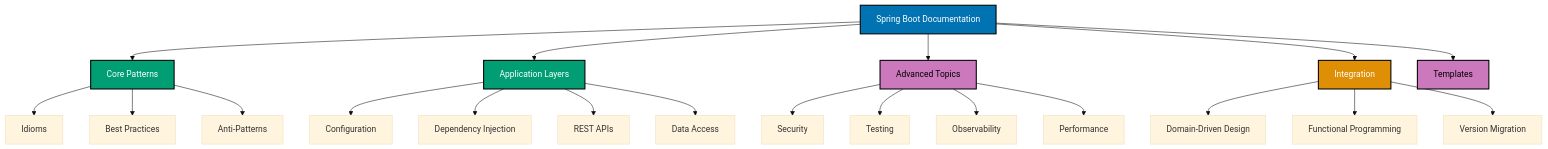
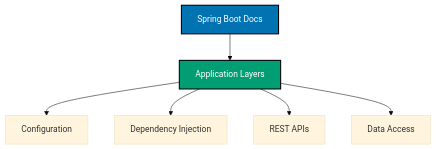
Before and after one commit to wahidyankf/ose-primer: the third of 5 diagrams in docs/explanation/software-engineering/platform-web/tools/jvm-spring-boot/README.md, drawn with Mermaid (base theme). The commit also changed other lines of this file and 9 other files, not shown here.

Commit message:
fix(docs): fix mermaid violations in jvm-spring-boot/ docs (batch 4/10)

````diff
--- a/docs/explanation/software-engineering/platform-web/tools/jvm-spring-boot/README.md
+++ b/docs/explanation/software-engineering/platform-web/tools/jvm-spring-boot/README.md
@@ -234,41 +254,16 @@
 ```mermaid
 %% Color Palette: Blue #0173B2, Orange #DE8F05, Teal #029E73, Purple #CC78BC
 %% All colors are color-blind friendly and meet WCAG AA contrast standards
 
 flowchart TD
-    A["Spring Boot Documentation"]:::blue
-    B["Core Patterns"]:::teal
+    A["Spring Boot Docs"]:::blue
     C["Application Layers"]:::teal
-    D["Advanced Topics"]:::purple
-    E["Integration"]:::orange
-    F["Templates"]:::purple
-
-    A --> B
     A --> C
-    A --> D
-    A --> E
-    A --> F
-
-    B --> B1["Idioms"]
-    B --> B2["Best Practices"]
-    B --> B3["Anti-Patterns"]
-
     C --> C1["Configuration"]
     C --> C2["Dependency Injection"]
     C --> C3["REST APIs"]
     C --> C4["Data Access"]
 
-    D --> D1["Security"]
-    D --> D2["Testing"]
-    D --> D3["Observability"]
-    D --> D4["Performance"]
-
-    E --> E1["Domain-Driven Design"]
-    E --> E2["Functional Programming"]
-    E --> E3["Version Migration"]
-
     classDef blue fill:#0173B2,stroke:#000000,color:#FFFFFF,stroke-width:2px
-    classDef orange fill:#DE8F05,stroke:#000000,color:#FFFFFF,stroke-width:2px
     classDef teal fill:#029E73,stroke:#000000,color:#FFFFFF,stroke-width:2px
-    classDef purple fill:#CC78BC,stroke:#000000,color:#000000,stroke-width:2px
 ```
````
